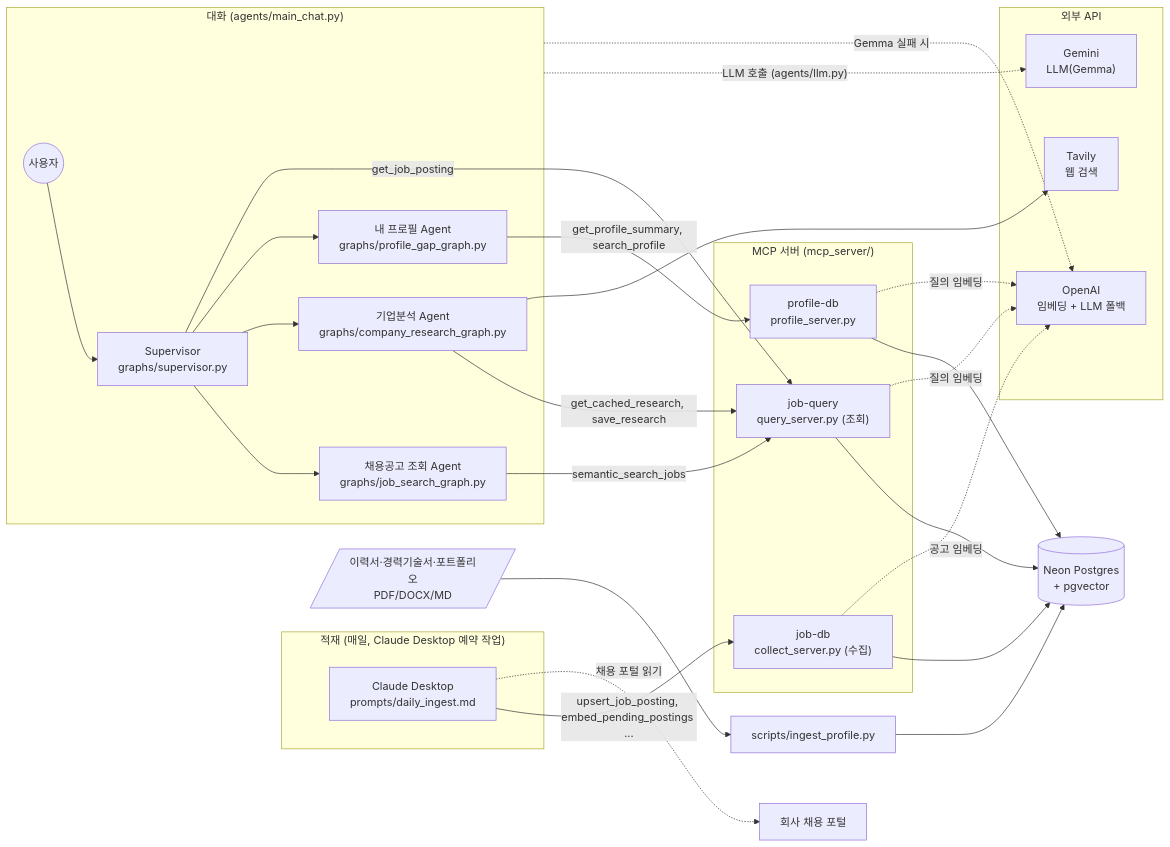
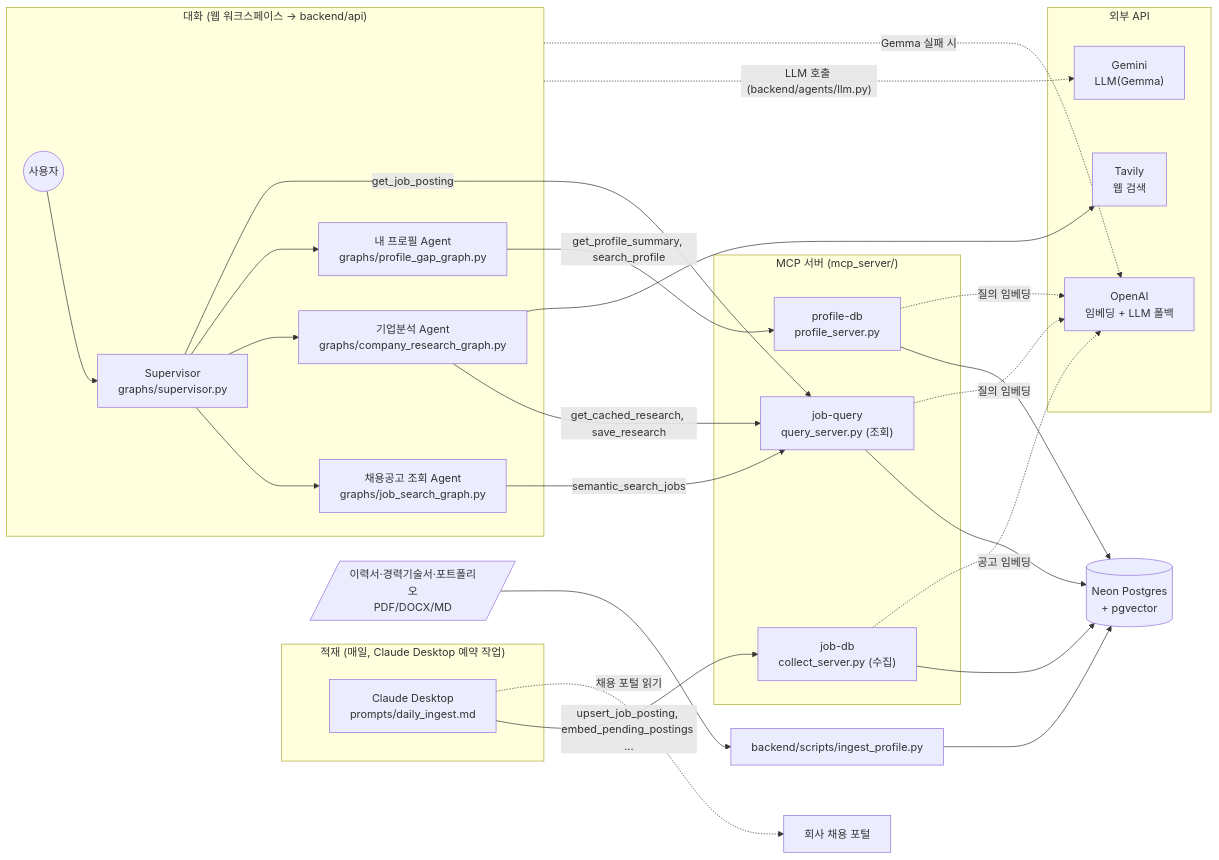
The first of 5 diagrams in README.md (hymn-fly/recruit-posting-agent), drawn with Mermaid before and after one commit. The commit also changed other lines of this file and 38 other files, not shown here.

````diff
--- a/README.md
+++ b/README.md
@@ -79,46 +84,46 @@
 ```mermaid
 flowchart LR
     subgraph Ingest["적재 (매일, Claude Desktop 예약 작업)"]
         CD["Claude Desktop<br/>prompts/daily_ingest.md"]
     end
 
-    subgraph Chat["대화 (agents/main_chat.py)"]
+    subgraph Chat["대화 (웹 워크스페이스 → backend/api)"]
         U(("사용자")) --> SV["Supervisor<br/>graphs/supervisor.py"]
         SV --> JS["채용공고 조회 Agent<br/>graphs/job_search_graph.py"]
         SV --> CR["기업분석 Agent<br/>graphs/company_research_graph.py"]
         SV --> PG["내 프로필 Agent<br/>graphs/profile_gap_graph.py"]
     end
 
     subgraph MCP["MCP 서버 (mcp_server/)"]
         JDB["job-db<br/>collect_server.py (수집)"]
         JQ["job-query<br/>query_server.py (조회)"]
         PDB["profile-db<br/>profile_server.py"]
     end
 
     subgraph Ext["외부 API"]
         GEM["Gemini<br/>LLM(Gemma)"]
         OAI["OpenAI<br/>임베딩 + LLM 폴백"]
         TAV["Tavily<br/>웹 검색"]
     end
 
     DB[("Neon Postgres<br/>+ pgvector")]
-    SCR["scripts/ingest_profile.py"]
+    SCR["backend/scripts/ingest_profile.py"]
     FILES[/"이력서·경력기술서·포트폴리오<br/>PDF/DOCX/MD"/]
 
     CD -- "upsert_job_posting, embed_pending_postings ..." --> JDB
     CD -. "채용 포털 읽기" .-> WEB["회사 채용 포털"]
     JS -- semantic_search_jobs --> JQ
     CR -- "get_cached_research, save_research" --> JQ
     CR --> TAV
     PG -- "get_profile_summary, search_profile" --> PDB
     SV -- "get_job_posting" --> JQ
     FILES --> SCR --> DB
     JDB --> DB
     JQ --> DB
     PDB --> DB
     JDB -. "공고 임베딩" .-> OAI
     JQ -. "질의 임베딩" .-> OAI
     PDB -. "질의 임베딩" .-> OAI
-    Chat -. "LLM 호출 (agents/llm.py)" .-> GEM
+    Chat -. "LLM 호출 (backend/agents/llm.py)" .-> GEM
     Chat -. "Gemma 실패 시" .-> OAI
 ```
````
